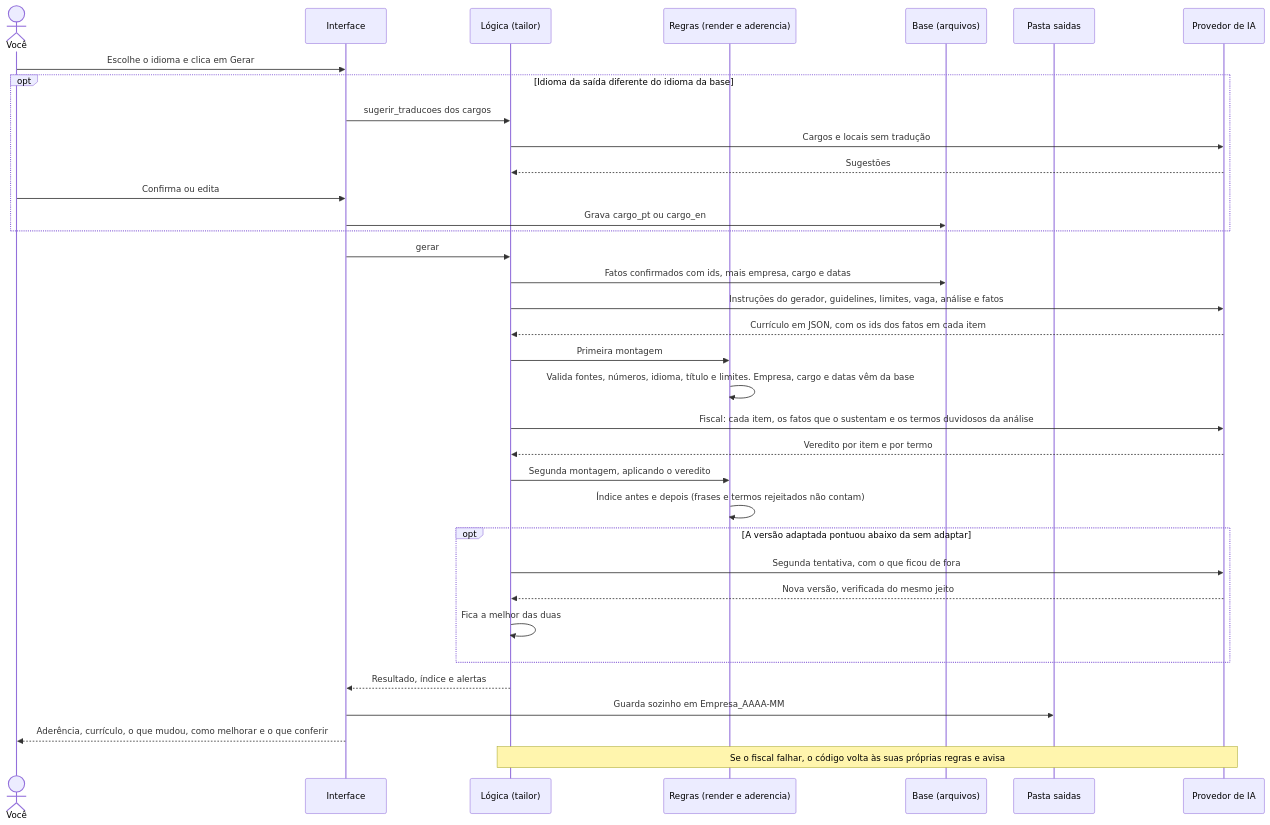
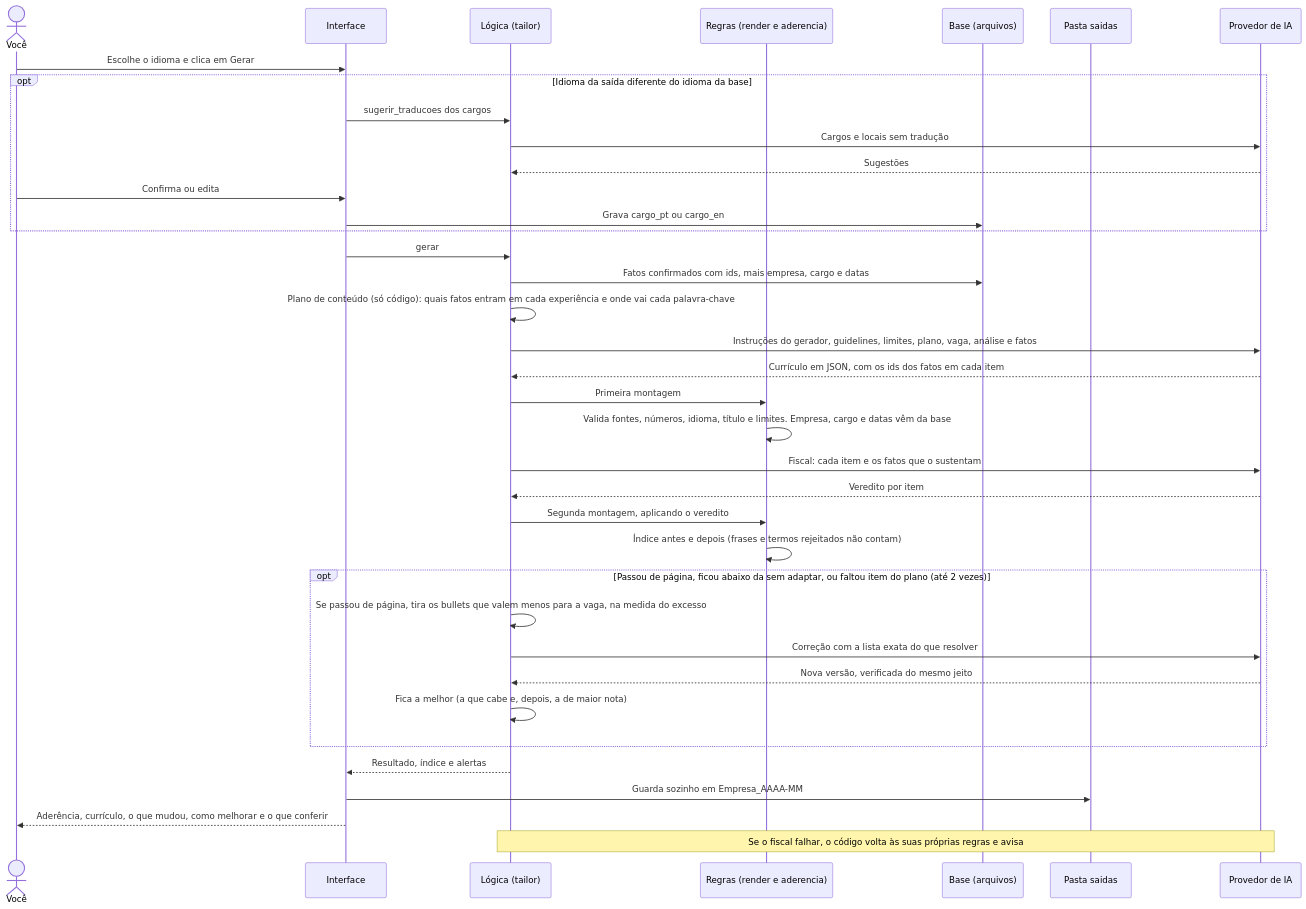
The eighth of 11 diagrams in README.md (feeslopes/assistente_curriculo), drawn with Mermaid before and after one commit. The commit also changed other lines of this file and 8 other files, not shown here.

First line of the commit message:
Nota mais estável: plano de conteúdo, regra única de palavras-chave e termos julgados na análise

````diff
--- a/README.md
+++ b/README.md
@@ -464,38 +466,40 @@
 ```mermaid
 sequenceDiagram
   actor V as Você
   participant UI as Interface
   participant L as Lógica (tailor)
   participant R as Regras (render e aderencia)
   participant K as Base (arquivos)
   participant S as Pasta saidas
   participant IA as Provedor de IA
 
   V->>UI: Escolhe o idioma e clica em Gerar
   opt Idioma da saída diferente do idioma da base
     UI->>L: sugerir_traducoes dos cargos
     L->>IA: Cargos e locais sem tradução
     IA-->>L: Sugestões
     V->>UI: Confirma ou edita
     UI->>K: Grava cargo_pt ou cargo_en
   end
   UI->>L: gerar
   L->>K: Fatos confirmados com ids, mais empresa, cargo e datas
-  L->>IA: Instruções do gerador, guidelines, limites, vaga, análise e fatos
+  L->>L: Plano de conteúdo (só código): quais fatos entram em cada experiência e onde vai cada palavra-chave
+  L->>IA: Instruções do gerador, guidelines, limites, plano, vaga, análise e fatos
   IA-->>L: Currículo em JSON, com os ids dos fatos em cada item
   L->>R: Primeira montagem
   R->>R: Valida fontes, números, idioma, título e limites. Empresa, cargo e datas vêm da base
-  L->>IA: Fiscal: cada item, os fatos que o sustentam e os termos duvidosos da análise
-  IA-->>L: Veredito por item e por termo
+  L->>IA: Fiscal: cada item e os fatos que o sustentam
+  IA-->>L: Veredito por item
   L->>R: Segunda montagem, aplicando o veredito
   R->>R: Índice antes e depois (frases e termos rejeitados não contam)
-  opt A versão adaptada pontuou abaixo da sem adaptar
-    L->>IA: Segunda tentativa, com o que ficou de fora
+  opt Passou de página, ficou abaixo da sem adaptar, ou faltou item do plano (até 2 vezes)
+    L->>L: Se passou de página, tira os bullets que valem menos para a vaga, na medida do excesso
+    L->>IA: Correção com a lista exata do que resolver
     IA-->>L: Nova versão, verificada do mesmo jeito
-    L->>L: Fica a melhor das duas
+    L->>L: Fica a melhor (a que cabe e, depois, a de maior nota)
   end
   L-->>UI: Resultado, índice e alertas
   UI->>S: Guarda sozinho em Empresa_AAAA-MM
   UI-->>V: Aderência, currículo, o que mudou, como melhorar e o que conferir
   Note over L,IA: Se o fiscal falhar, o código volta às suas próprias regras e avisa
 ```
````
